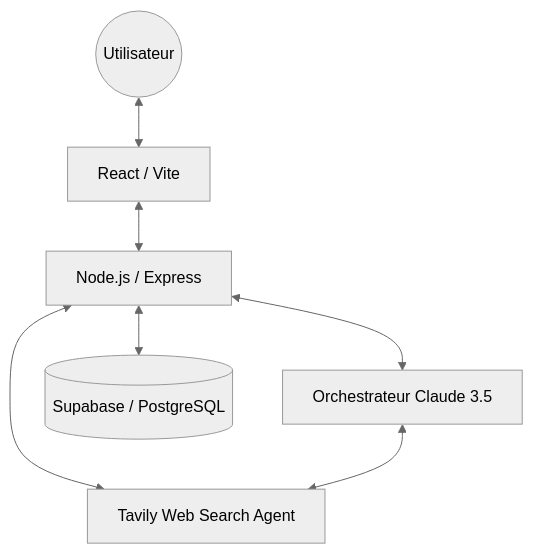
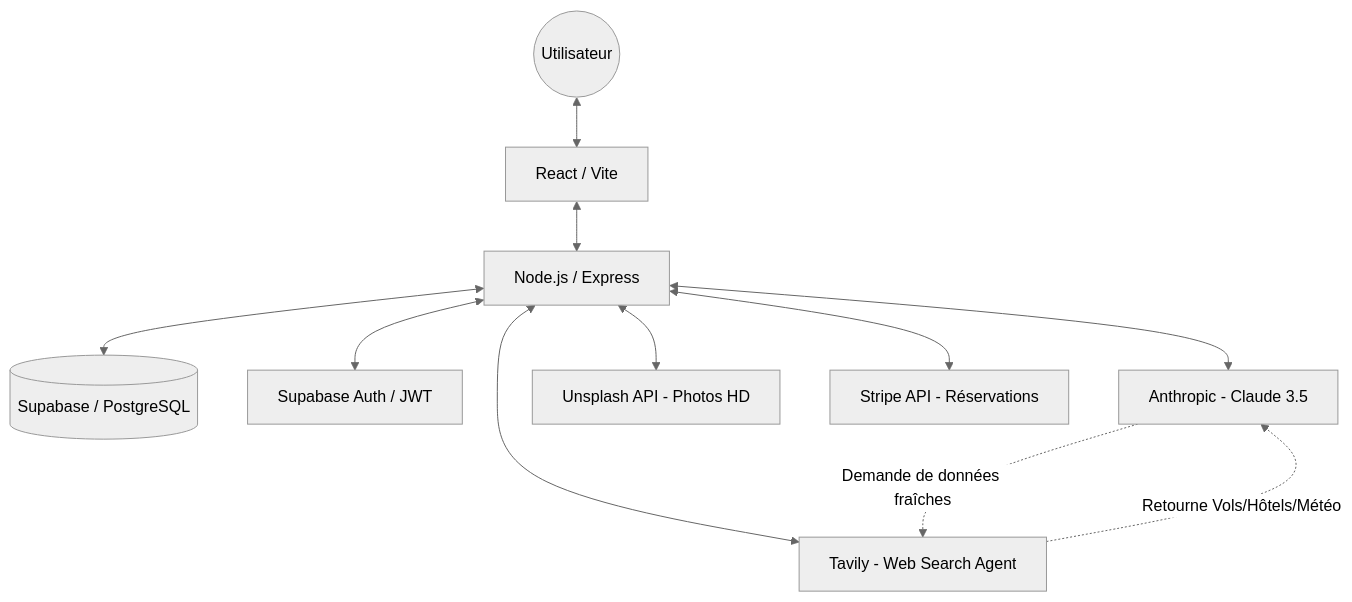
One commit to loties1533/tripgenie changed the first of 3 diagrams in docs/PORTFOLIO_TECH_DOC.md. Above: the diagram before and after it, drawn with Mermaid (neutral theme). The commit also changed other lines of this file, not shown here.

Commit message:
docs: updated architecture diagram with all external APIs and data flow details

````diff
--- a/docs/PORTFOLIO_TECH_DOC.md
+++ b/docs/PORTFOLIO_TECH_DOC.md
@@ -30,9 +30,19 @@
 ```mermaid
 graph TD
     User((Utilisateur)) <--> Frontend[React / Vite]
     Frontend <--> Backend[Node.js / Express]
-    Backend <--> AI_Engine[Orchestrateur Claude 3.5]
-    Backend <--> Search_Agent[Tavily Web Search Agent]
+    
+    %% Services Internes
     Backend <--> DB[(Supabase / PostgreSQL)]
-    AI_Engine <--> Search_Agent
+    Backend <--> Auth[Supabase Auth / JWT]
+
+    %% API Externes
+    Backend <--> AI[Anthropic - Claude 3.5]
+    Backend <--> Search[Tavily - Web Search Agent]
+    Backend <--> Photos[Unsplash API - Photos HD]
+    Backend <--> Payments[Stripe API - Réservations]
+
+    %% Flux internes complexes
+    AI -.-> |Demande de données fraîches| Search
+    Search -.-> |Retourne Vols/Hôtels/Météo| AI
 ```
````
